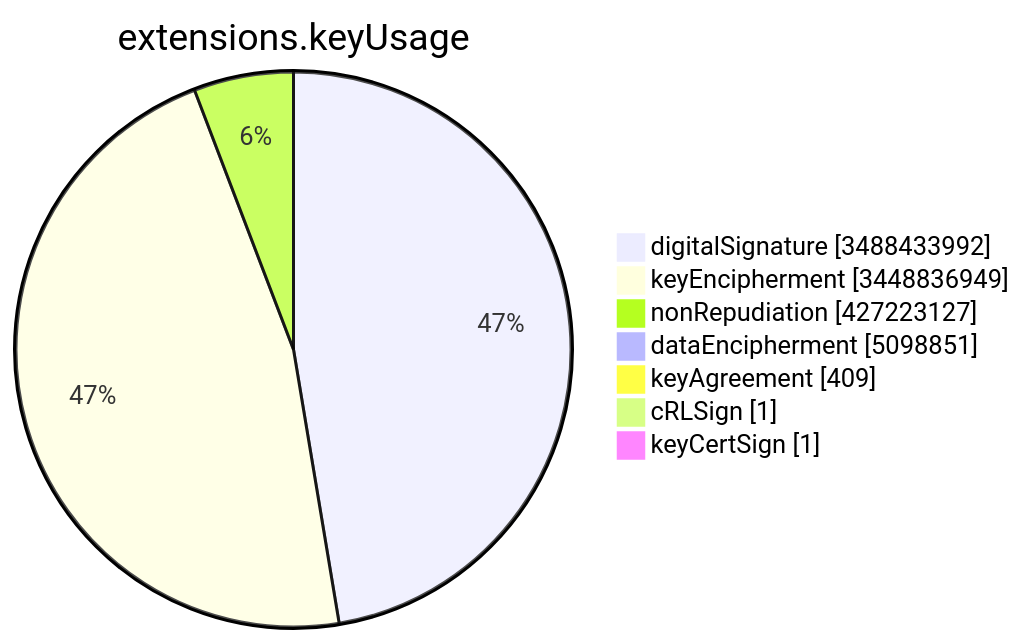
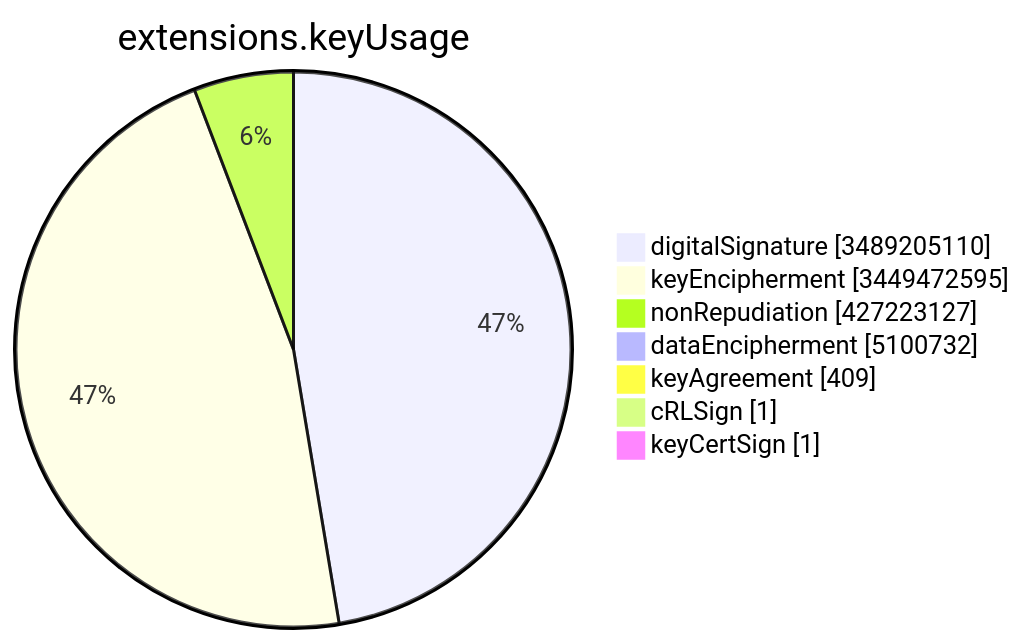
The sixth of 15 diagrams in TOTAL/README.md (christiankrug/ctmonitor_visualization), drawn with Mermaid before and after one commit. The commit also changed other lines of this file, not shown here.

````diff
--- a/TOTAL/README.md
+++ b/TOTAL/README.md
@@ -3083,11 +3083,11 @@
 ```mermaid
 pie showData
 title extensions.keyUsage
-"digitalSignature" :3488433992
-"keyEncipherment" :3448836949
+"digitalSignature" :3489205110
+"keyEncipherment" :3449472595
 "nonRepudiation" :427223127
-"dataEncipherment" :5098851
+"dataEncipherment" :5100732
 "keyAgreement" :409
 "cRLSign" :1
 "keyCertSign" :1
 ```
````
